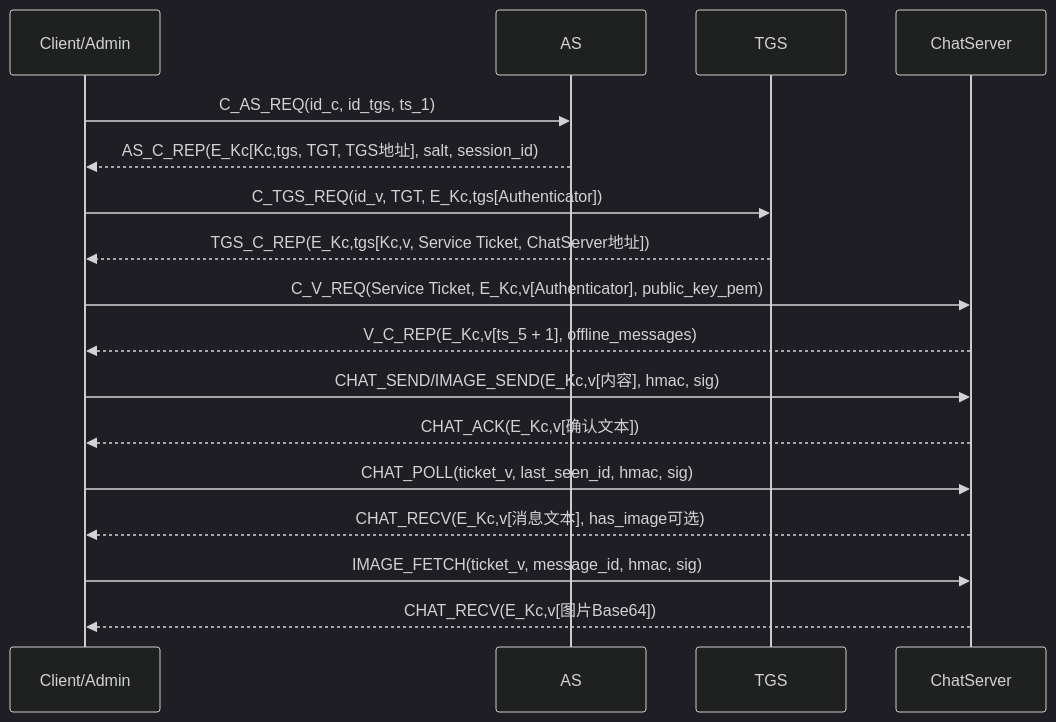
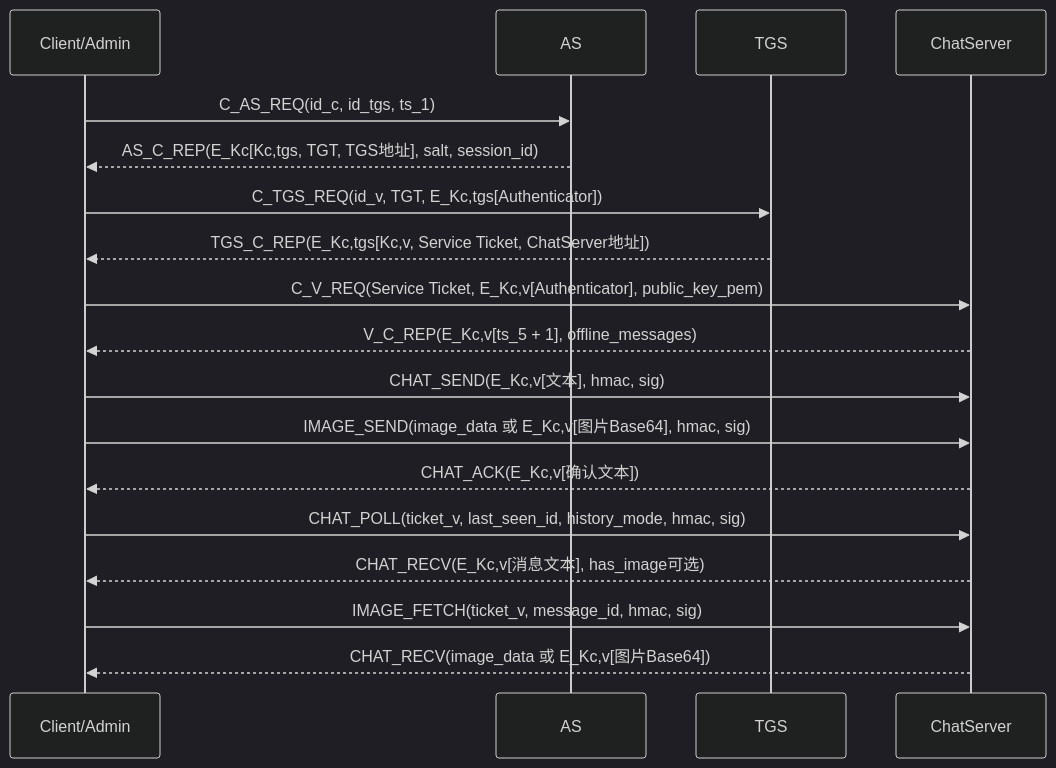
The diagram in docs/protocol.md (frcdde148/safechat), drawn with Mermaid (dark theme) before and after one commit. The commit also changed other lines of this file and 13 other files, not shown here.

````diff
--- a/docs/protocol.md
+++ b/docs/protocol.md
@@ -703,20 +758,21 @@
 ```mermaid
 sequenceDiagram
     participant C as Client/Admin
     participant AS as AS
     participant TGS as TGS
     participant V as ChatServer
 
     C->>AS: C_AS_REQ(id_c, id_tgs, ts_1)
     AS-->>C: AS_C_REP(E_Kc[Kc,tgs, TGT, TGS地址], salt, session_id)
     C->>TGS: C_TGS_REQ(id_v, TGT, E_Kc,tgs[Authenticator])
     TGS-->>C: TGS_C_REP(E_Kc,tgs[Kc,v, Service Ticket, ChatServer地址])
     C->>V: C_V_REQ(Service Ticket, E_Kc,v[Authenticator], public_key_pem)
     V-->>C: V_C_REP(E_Kc,v[ts_5 + 1], offline_messages)
-    C->>V: CHAT_SEND/IMAGE_SEND(E_Kc,v[内容], hmac, sig)
+    C->>V: CHAT_SEND(E_Kc,v[文本], hmac, sig)
+    C->>V: IMAGE_SEND(image_data 或 E_Kc,v[图片Base64], hmac, sig)
     V-->>C: CHAT_ACK(E_Kc,v[确认文本])
-    C->>V: CHAT_POLL(ticket_v, last_seen_id, hmac, sig)
+    C->>V: CHAT_POLL(ticket_v, last_seen_id, history_mode, hmac, sig)
     V-->>C: CHAT_RECV(E_Kc,v[消息文本], has_image可选)
     C->>V: IMAGE_FETCH(ticket_v, message_id, hmac, sig)
-    V-->>C: CHAT_RECV(E_Kc,v[图片Base64])
+    V-->>C: CHAT_RECV(image_data 或 E_Kc,v[图片Base64])
 ```
````
